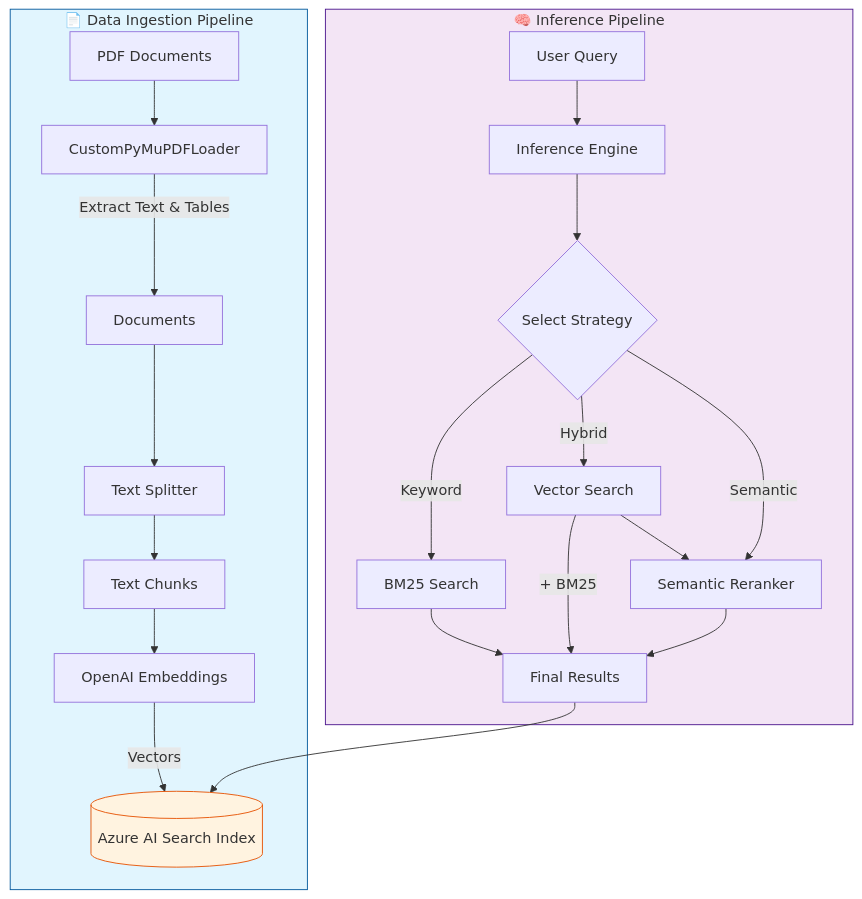
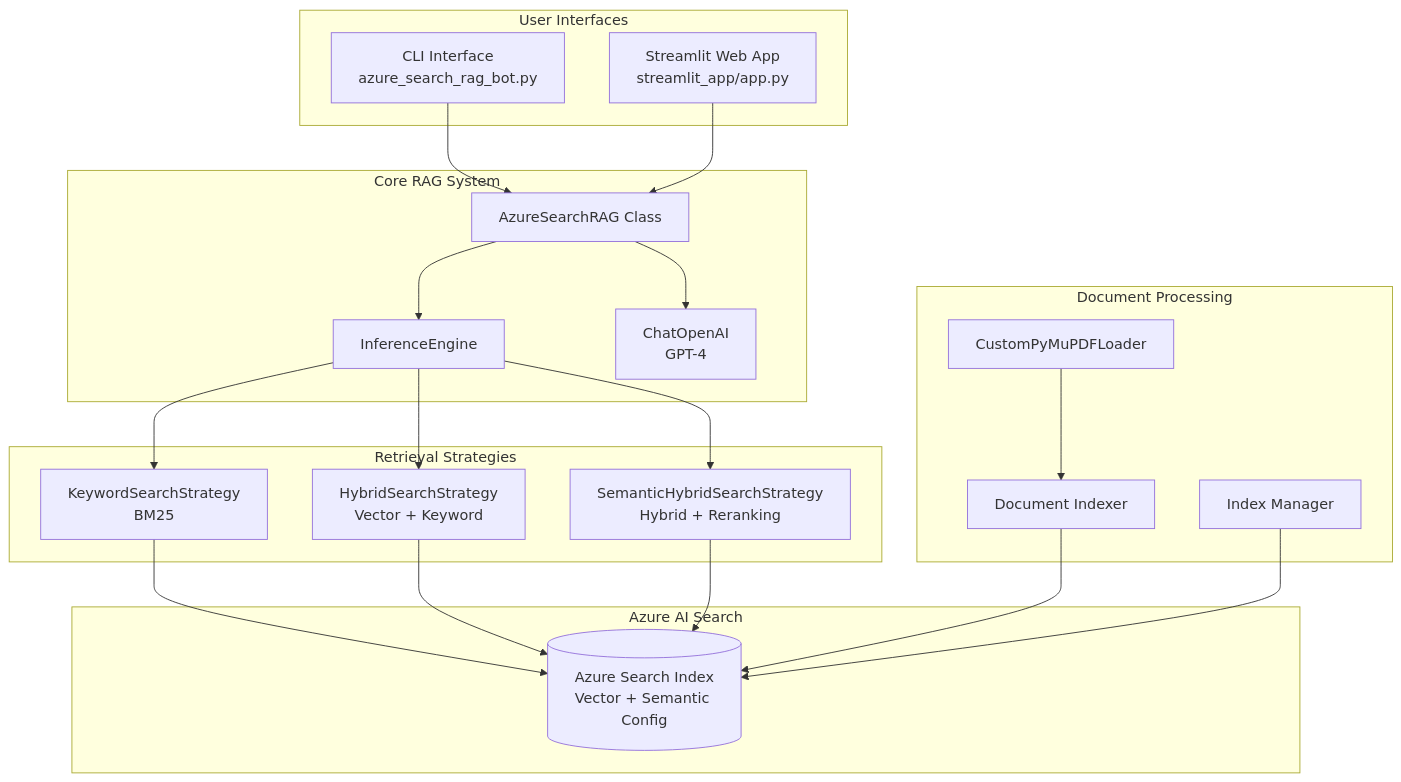
The first of 4 diagrams in README.md (AILucifer99/Azure-AI-Search-Retrieval-Augmented-Generation-), drawn with Mermaid before and after one commit. The commit also changed other lines of this file, not shown here.

````diff
--- a/README.md
+++ b/README.md
@@ -23,30 +20,43 @@
 ```mermaid
-graph TD
-    subgraph Ingestion ["📄 Data Ingestion Pipeline"]
-        PDF[PDF Documents] --> Loader[CustomPyMuPDFLoader]
-        Loader --> |Extract Text & Tables| Docs[Documents]
-        Docs --> Splitter[Text Splitter]
-        Splitter --> Chunks[Text Chunks]
-        Chunks --> Embed[OpenAI Embeddings]
-        Embed --> |Vectors| Index[(Azure AI Search Index)]
-    end
-
-    subgraph Inference ["🧠 Inference Pipeline"]
-        Query[User Query] --> Engine[Inference Engine]
-        Engine --> Strategy{Select Strategy}
-        
-        Strategy -->|Keyword| BM25[BM25 Search]
-        Strategy -->|Hybrid| VecSearch[Vector Search]
-        Strategy -->|Semantic| Semantic[Semantic Reranker]
-        
-        BM25 --> Results
-        VecSearch --> |+ BM25| Results
-        VecSearch --> Semantic --> Results[Final Results]
-        
-        Results --> Index
+graph TB
+    subgraph "User Interfaces"
+        CLI[CLI Interface<br/>azure_search_rag_bot.py]
+        WEB[Streamlit Web App<br/>streamlit_app/app.py]
     end
     
-    style Ingestion fill:#e1f5fe,stroke:#01579b
-    style Inference fill:#f3e5f5,stroke:#4a148c
-    style Index fill:#fff3e0,stroke:#e65100
+    subgraph "Core RAG System"
+        RAG[AzureSearchRAG Class]
+        ENGINE[InferenceEngine]
+        LLM[ChatOpenAI<br/>GPT-4]
+    end
+    
+    subgraph "Retrieval Strategies"
+        KEYWORD[KeywordSearchStrategy<br/>BM25]
+        HYBRID[HybridSearchStrategy<br/>Vector + Keyword]
+        SEMANTIC[SemanticHybridSearchStrategy<br/>Hybrid + Reranking]
+    end
+    
+    subgraph "Azure AI Search"
+        INDEX[(Azure Search Index<br/>Vector + Semantic Config)]
+    end
+    
+    subgraph "Document Processing"
+        LOADER[CustomPyMuPDFLoader]
+        INDEXER[Document Indexer]
+        MANAGER[Index Manager]
+    end
+    
+    CLI --> RAG
+    WEB --> RAG
+    RAG --> ENGINE
+    RAG --> LLM
+    ENGINE --> KEYWORD
+    ENGINE --> HYBRID
+    ENGINE --> SEMANTIC
+    KEYWORD --> INDEX
+    HYBRID --> INDEX
+    SEMANTIC --> INDEX
+    LOADER --> INDEXER
+    INDEXER --> INDEX
+    MANAGER --> INDEX
 ```
````
